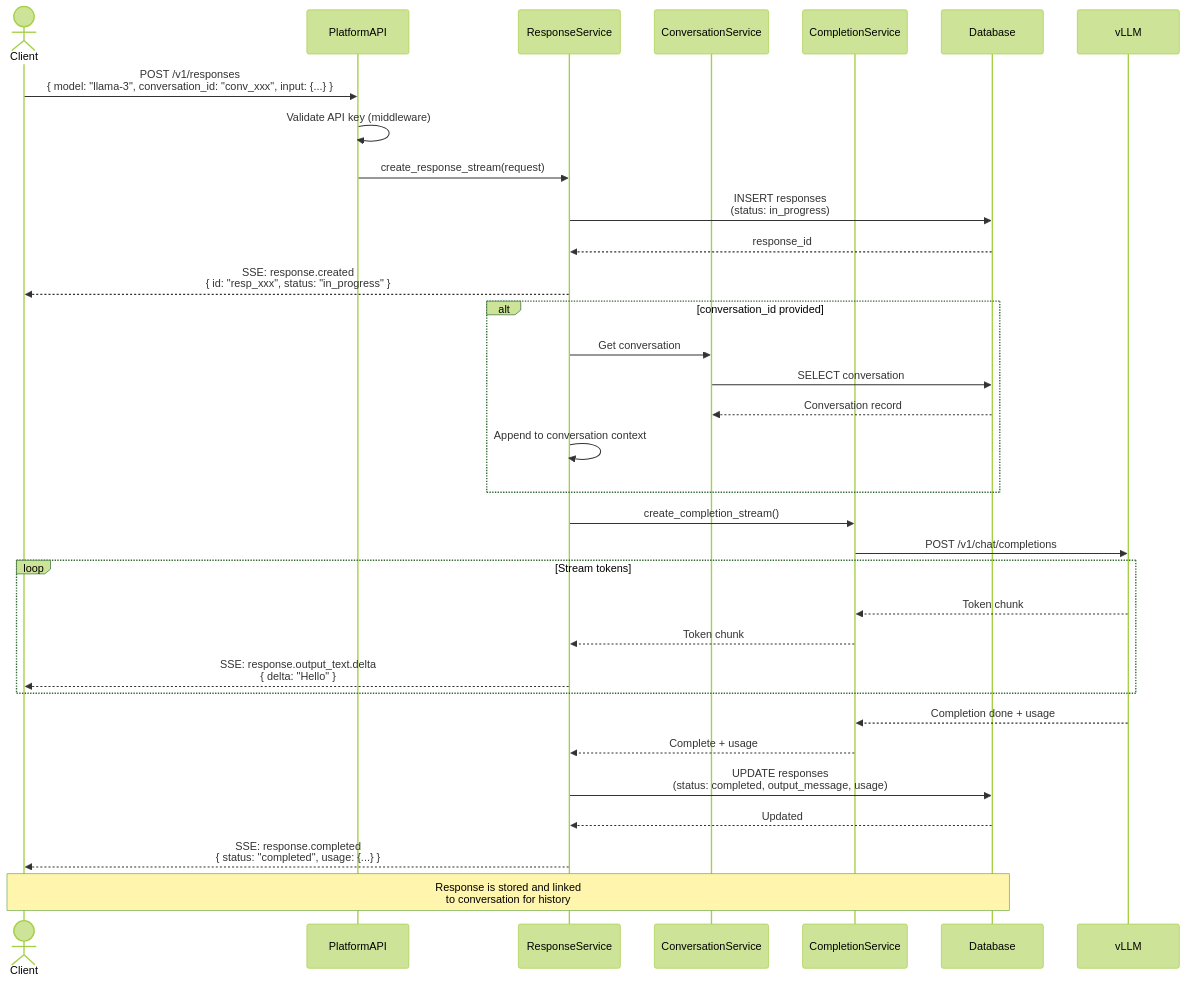
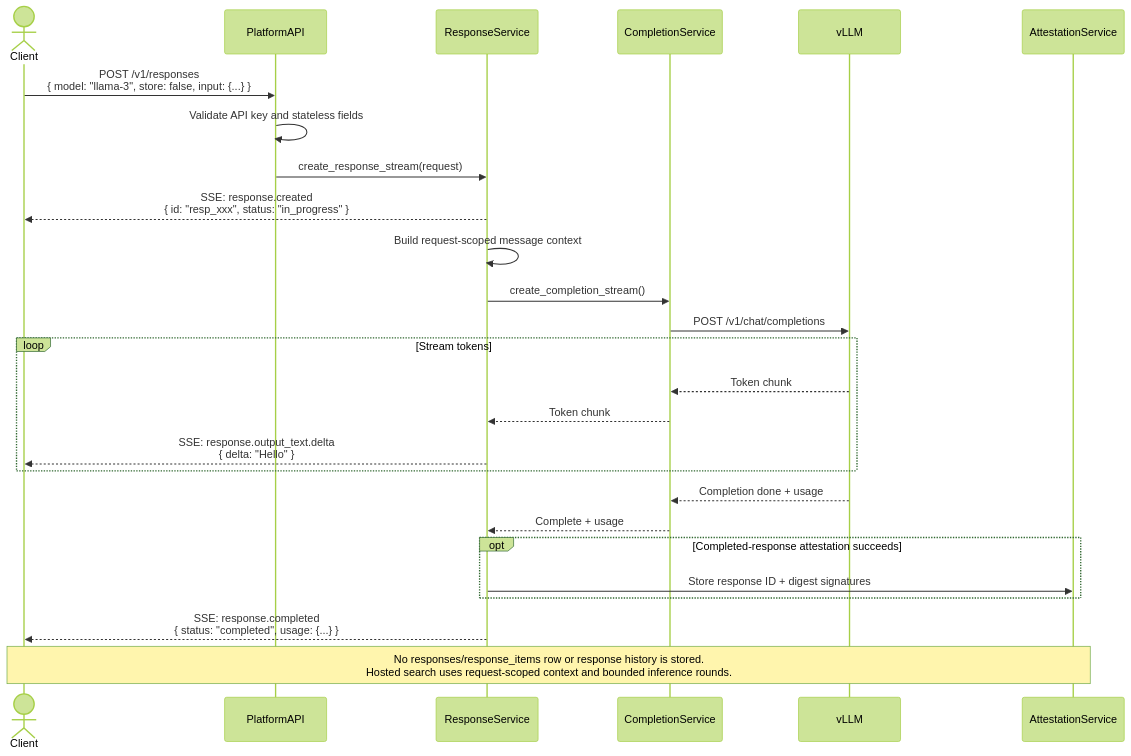
The sixth of 16 diagrams in docs/architecture/c4-diagrams.md (nearai/cloud-api), drawn with Mermaid (forest theme) before and after one commit. The commit also changed other lines of this file and 69 other files, not shown here.

First line of the commit message:
feat(responses): make inference stateless and support Codex client tools (#943)

````diff
--- a/docs/architecture/c4-diagrams.md
+++ b/docs/architecture/c4-diagrams.md
@@ -499,47 +508,38 @@
 ```mermaid
 sequenceDiagram
     actor Client
     participant PlatformAPI
     participant ResponseService
-    participant ConversationService
     participant CompletionService
-    participant Database
     participant vLLM
+    participant AttestationService
     
-    Client->>PlatformAPI: POST /v1/responses<br/>{ model: "llama-3", conversation_id: "conv_xxx", input: {...} }
+    Client->>PlatformAPI: POST /v1/responses<br/>{ model: "llama-3", store: false, input: {...} }
     
-    PlatformAPI->>PlatformAPI: Validate API key (middleware)
+    PlatformAPI->>PlatformAPI: Validate API key and stateless fields
     
     PlatformAPI->>ResponseService: create_response_stream(request)
-    
-    ResponseService->>Database: INSERT responses<br/>(status: in_progress)
-    Database-->>ResponseService: response_id
-    
     ResponseService-->>Client: SSE: response.created<br/>{ id: "resp_xxx", status: "in_progress" }
     
-    alt conversation_id provided
-        ResponseService->>ConversationService: Get conversation
-        ConversationService->>Database: SELECT conversation
-        Database-->>ConversationService: Conversation record
-        ResponseService->>ResponseService: Append to conversation context
-    end
+    ResponseService->>ResponseService: Build request-scoped message context
     
     ResponseService->>CompletionService: create_completion_stream()
     CompletionService->>vLLM: POST /v1/chat/completions
     
     loop Stream tokens
         vLLM-->>CompletionService: Token chunk
         CompletionService-->>ResponseService: Token chunk
         ResponseService-->>Client: SSE: response.output_text.delta<br/>{ delta: "Hello" }
     end
     
     vLLM-->>CompletionService: Completion done + usage
     CompletionService-->>ResponseService: Complete + usage
     
-    ResponseService->>Database: UPDATE responses<br/>(status: completed, output_message, usage)
-    Database-->>ResponseService: Updated
+    opt Completed-response attestation succeeds
+        ResponseService->>AttestationService: Store response ID + digest signatures
+    end
     
     ResponseService-->>Client: SSE: response.completed<br/>{ status: "completed", usage: {...} }
     
-    Note over Client,Database: Response is stored and linked<br/>to conversation for history
+    Note over Client,AttestationService: No responses/response_items row or response history is stored.<br/>Hosted search uses request-scoped context and bounded inference rounds.
 ```
````
